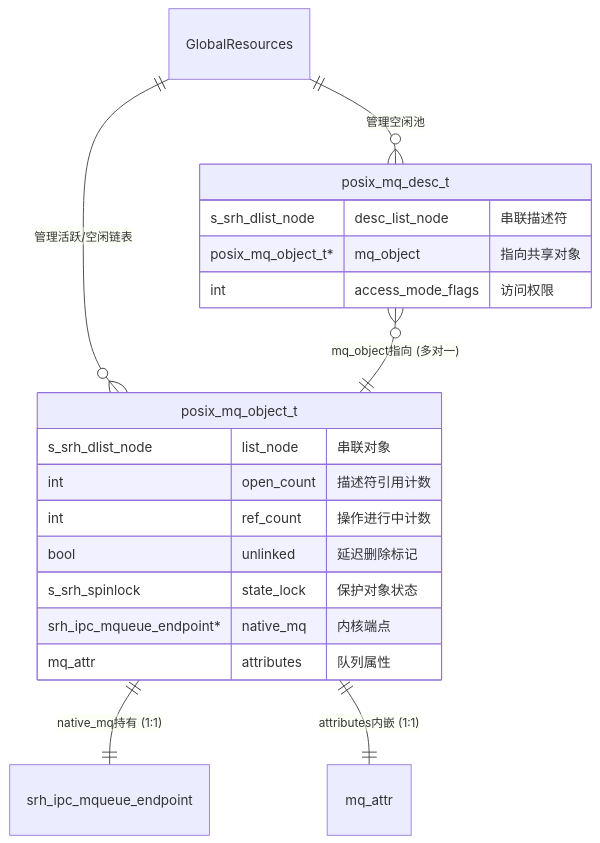
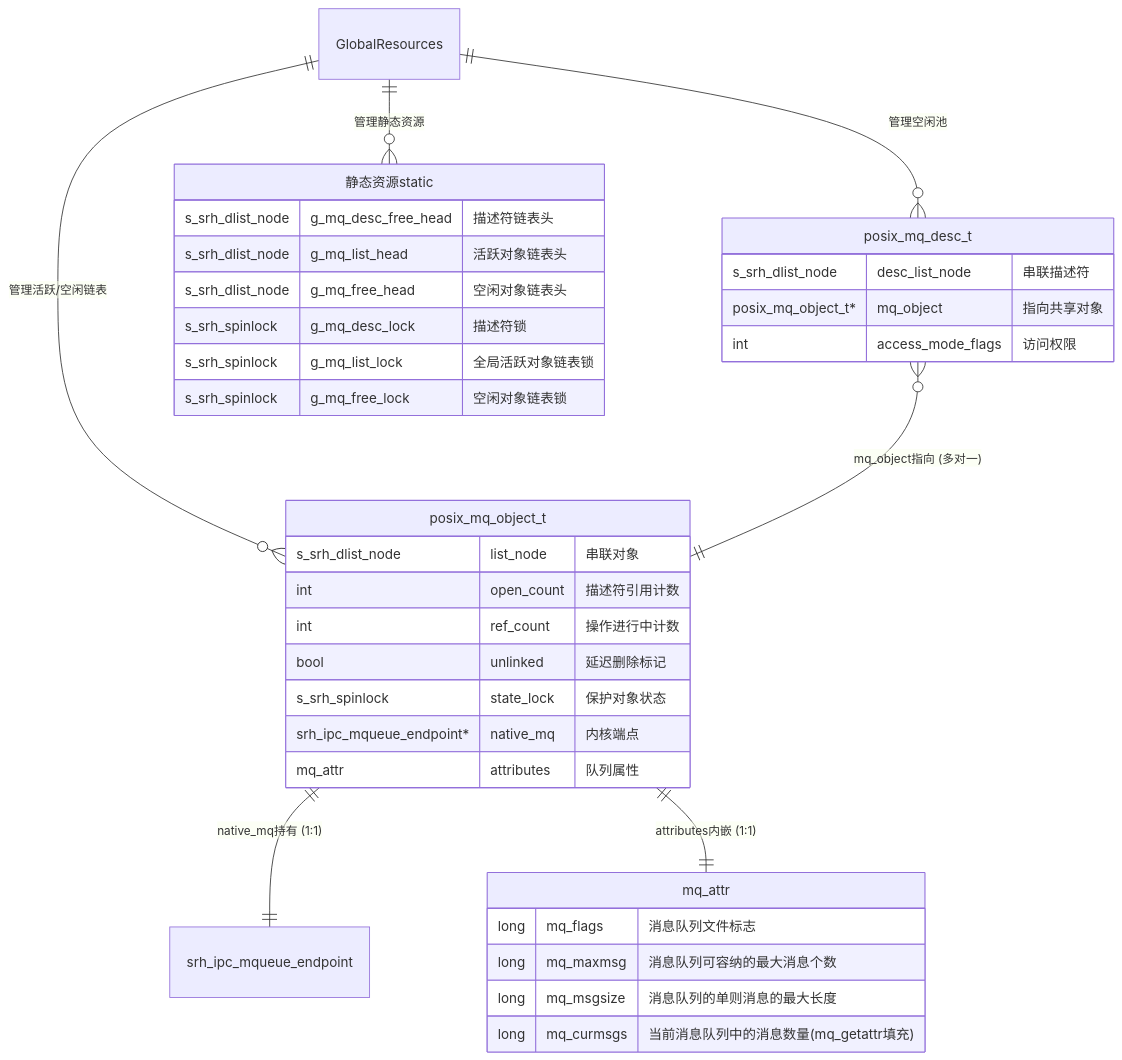
Before and after one commit to bingoteng/Techmd: the second of 8 diagrams in marktext/00_work/03_消息队列模块的详细设计.md, drawn with Mermaid. The commit also changed other lines of this file and 8 other files, not shown here.

````diff
--- a/marktext/00_work/03_消息队列模块的详细设计.md
+++ b/marktext/00_work/03_消息队列模块的详细设计.md
@@ -50,27 +158,42 @@
 ```mermaid
 erDiagram
     GlobalResources ||--o{ posix_mq_desc_t : "管理空闲池"
     GlobalResources ||--o{ posix_mq_object_t : "管理活跃/空闲链表"
+    GlobalResources ||--o{ 静态资源static : "管理静态资源"
     
     posix_mq_desc_t }o--|| posix_mq_object_t : "mq_object指向 (多对一)"
     posix_mq_object_t ||--|| srh_ipc_mqueue_endpoint : "native_mq持有 (1:1)"
     posix_mq_object_t ||--|| mq_attr : "attributes内嵌 (1:1)"
     
     posix_mq_desc_t {
         s_srh_dlist_node desc_list_node "串联描述符"
         posix_mq_object_t* mq_object "指向共享对象"
         int access_mode_flags "访问权限"
     }
     
     posix_mq_object_t {
         s_srh_dlist_node list_node "串联对象"
         int open_count "描述符引用计数"
         int ref_count "操作进行中计数"
         bool unlinked "延迟删除标记"
         s_srh_spinlock state_lock "保护对象状态"
         srh_ipc_mqueue_endpoint* native_mq "内核端点"
         mq_attr attributes "队列属性"
     }
     
+    静态资源static{
+    s_srh_dlist_node g_mq_desc_free_head "描述符链表头"
+    s_srh_dlist_node g_mq_list_head	"活跃对象链表头"
+ 	s_srh_dlist_node g_mq_free_head	"空闲对象链表头"
+ 	s_srh_spinlock g_mq_desc_lock	"描述符锁"
+	s_srh_spinlock g_mq_list_lock	"全局活跃对象链表锁"
+	s_srh_spinlock g_mq_free_lock	"空闲对象链表锁"
+	}
+    mq_attr {
+    long mq_flags	"消息队列文件标志" 
+    long mq_maxmsg	"消息队列可容纳的最大消息个数" 
+    long mq_msgsize "消息队列的单则消息的最大长度"
+    long mq_curmsgs "当前消息队列中的消息数量(mq_getattr填充)" 
+    }
       
 ```
````
